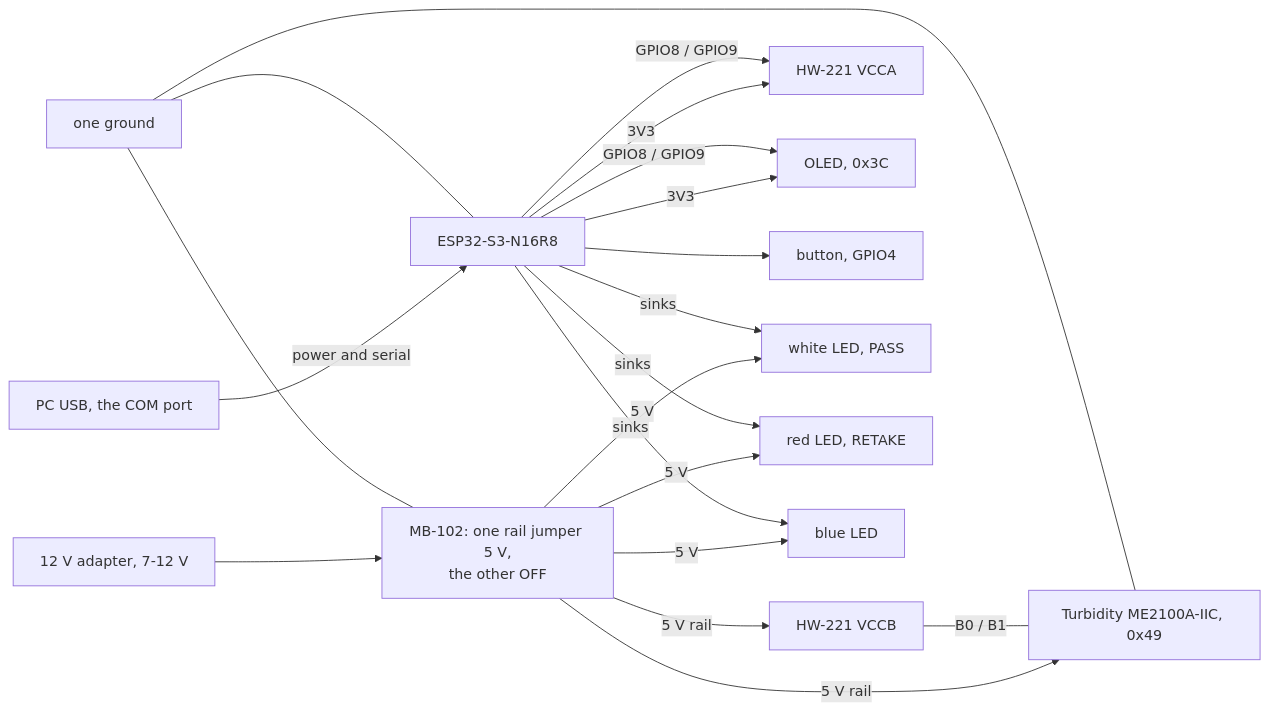
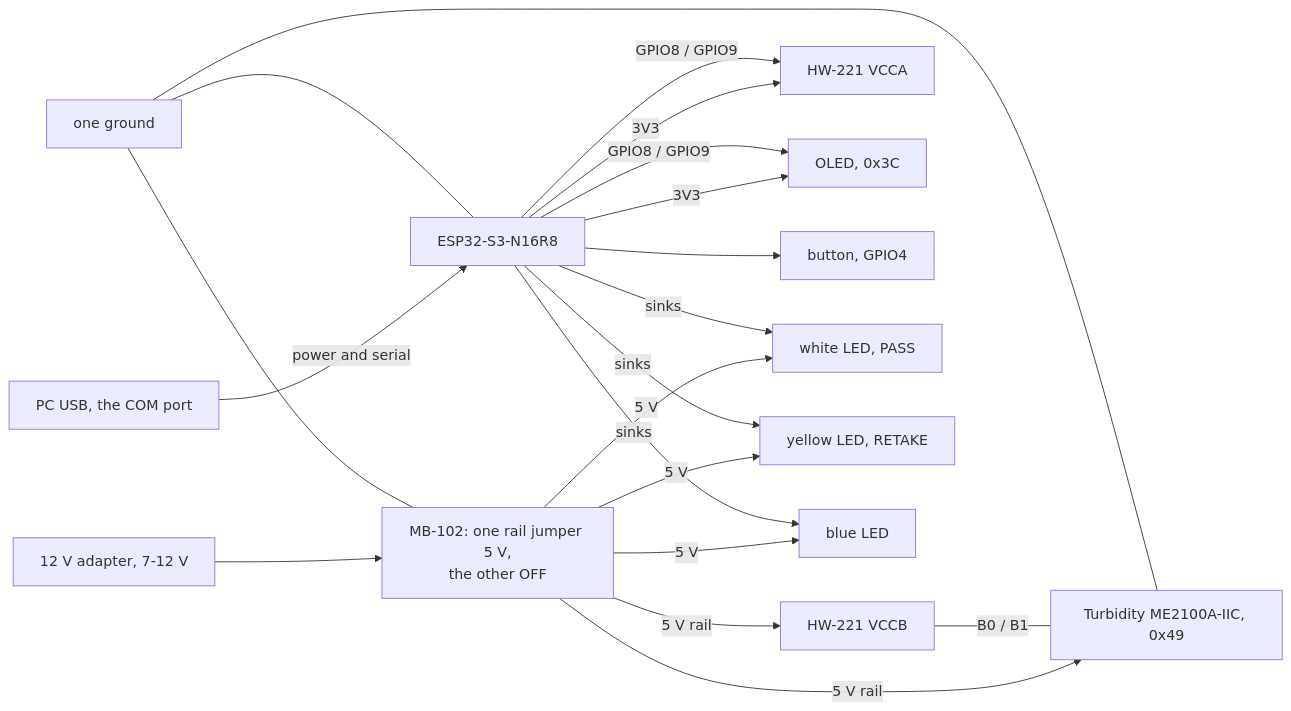
One commit to FrozenYty/aquavision changed the diagram in docs/procurement-en.md. Above: the diagram before and after it, drawn with Mermaid. The commit also changed other lines of this file and 13 other files, not shown here.

Commit message:
fix(rig): the RETAKE lamp is yellow, because the red part would not seat (P3-17)

````diff
--- a/docs/procurement-en.md
+++ b/docs/procurement-en.md
@@ -121,22 +121,22 @@
 ```mermaid
 flowchart LR
   DC["12 V adapter, 7-12 V"] --> MB["MB-102: one rail jumper 5 V,<br/>the other OFF"]
   MB -->|"5 V rail"| S["Turbidity ME2100A-IIC, 0x49"]
   MB -->|"5 V rail"| HV["HW-221 VCCB"]
   HV ---|"B0 / B1"| S
   PC["PC USB, the COM port"] -->|"power and serial"| ESP["ESP32-S3-N16R8"]
   ESP -->|"3V3"| LV["HW-221 VCCA"]
   ESP -->|"3V3"| OLED["OLED, 0x3C"]
   ESP -->|"GPIO8 / GPIO9"| LV
   ESP -->|"GPIO8 / GPIO9"| OLED
   ESP --> B["button, GPIO4"]
   MB -->|"5 V"| L1["white LED, PASS"]
   ESP -->|"sinks"| L1
-  MB -->|"5 V"| L2["red LED, RETAKE"]
+  MB -->|"5 V"| L2["yellow LED, RETAKE"]
   ESP -->|"sinks"| L2
   MB -->|"5 V"| L3["blue LED"]
   ESP -->|"sinks"| L3
   GND["one ground"] --- MB
   GND --- ESP
   GND --- S
 ```
````
